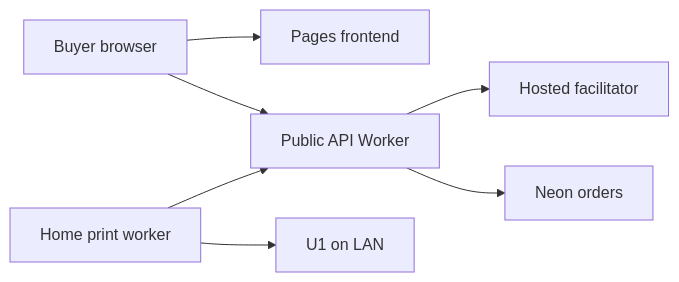
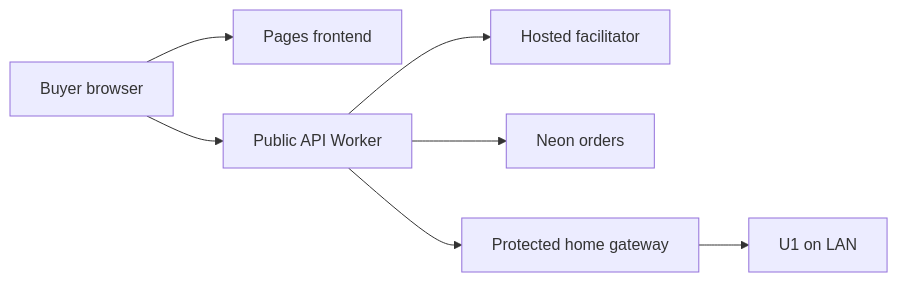
Before and after one commit to Kammerlo/x402-cardano-3dprinting-service: the diagram in docs/ARCHITECTURE.md, drawn with Mermaid. The commit also changed other lines of this file, not shown here.

Commit message:
docs: route public API to authenticated home print gateway

````diff
--- a/docs/ARCHITECTURE.md
+++ b/docs/ARCHITECTURE.md
@@ -41,9 +41,9 @@
 ```mermaid
 flowchart LR
   B["Buyer browser"] --> P["Pages frontend"]
   B --> A["Public API Worker"]
   A --> F["Hosted facilitator"]
   A --> N["Neon orders"]
-  L["Home print worker"] --> A
-  L --> U["U1 on LAN"]
+  A --> G["Protected home gateway"]
+  G --> U["U1 on LAN"]
 ```
````
